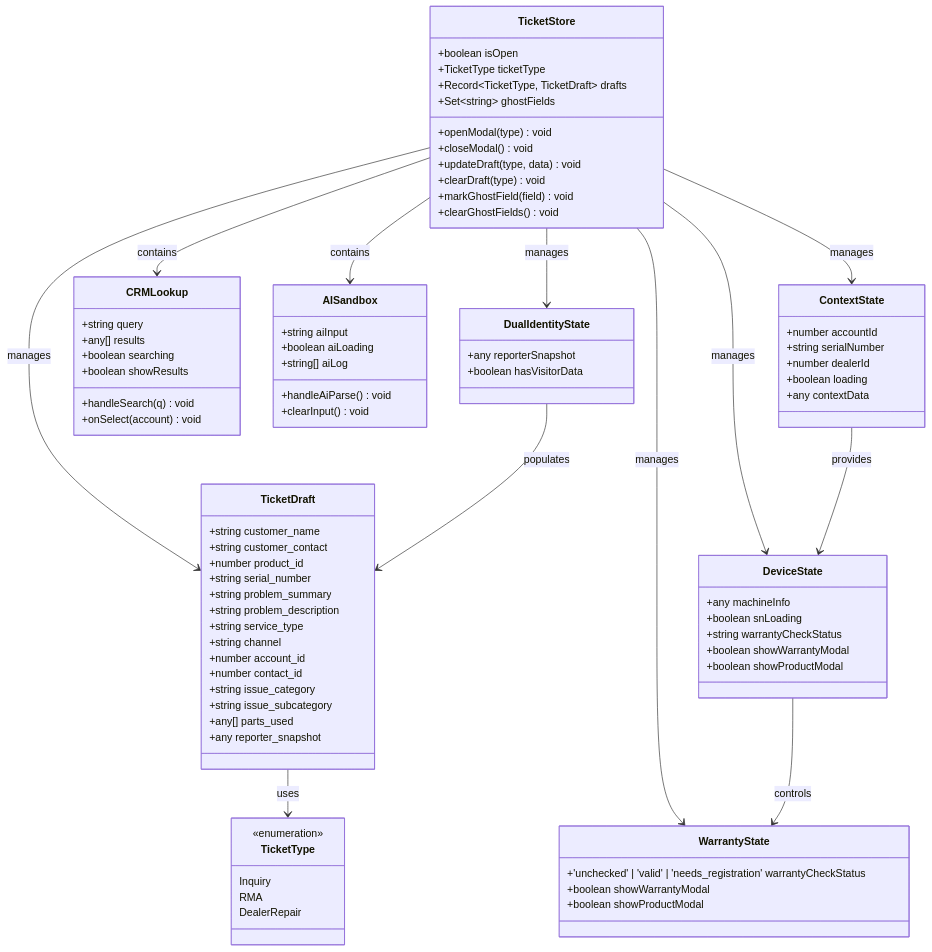
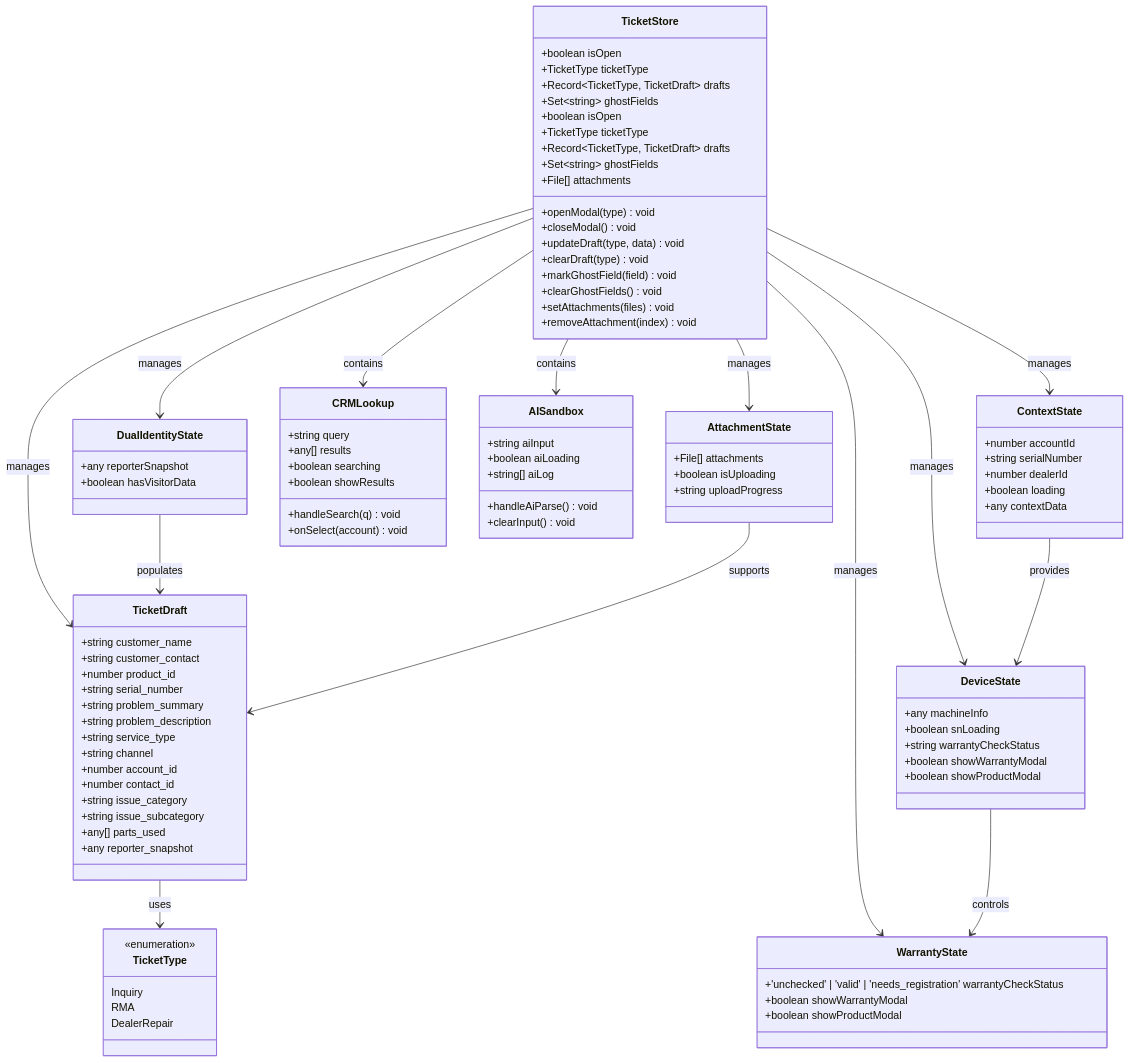
Before and after one commit to CubeEdge/Longhorn: the third of 44 diagrams in .qoder/repowiki/zh/content/TicketCreationModal 工单创建模态框.md, drawn with Mermaid. The commit also changed other lines of this file and 118 other files, not shown here.

````diff
--- a/.qoder/repowiki/zh/content/TicketCreationModal 工单创建模态框.md
+++ b/.qoder/repowiki/zh/content/TicketCreationModal 工单创建模态框.md
@@ -411,12 +449,19 @@
 +TicketType ticketType
 +Record~TicketType, TicketDraft~ drafts
 +Set~string~ ghostFields
++boolean isOpen
++TicketType ticketType
++Record~TicketType, TicketDraft~ drafts
++Set~string~ ghostFields
++File[] attachments
 +openModal(type) void
 +closeModal() void
 +updateDraft(type, data) void
 +clearDraft(type) void
 +markGhostField(field) void
 +clearGhostFields() void
++setAttachments(files) void
++removeAttachment(index) void
 }
 class TicketDraft {
 +string customer_name
@@ -454,6 +499,11 @@
 +boolean loading
 +any contextData
 }
+class AttachmentState {
++File[] attachments
++boolean isUploading
++string uploadProgress
+}
 class CRMLookup {
 +string query
 +any[] results
@@ -485,8 +535,10 @@
 TicketStore --> ContextState : manages
 TicketStore --> WarrantyState : manages
 TicketStore --> DualIdentityState : manages
+TicketStore --> AttachmentState : manages
 TicketDraft --> TicketType : uses
 DeviceState --> WarrantyState : controls
 ContextState --> DeviceState : provides
 DualIdentityState --> TicketDraft : populates
+AttachmentState --> TicketDraft : supports
 ```
````
